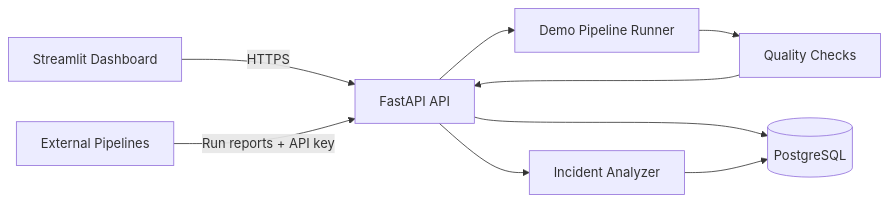
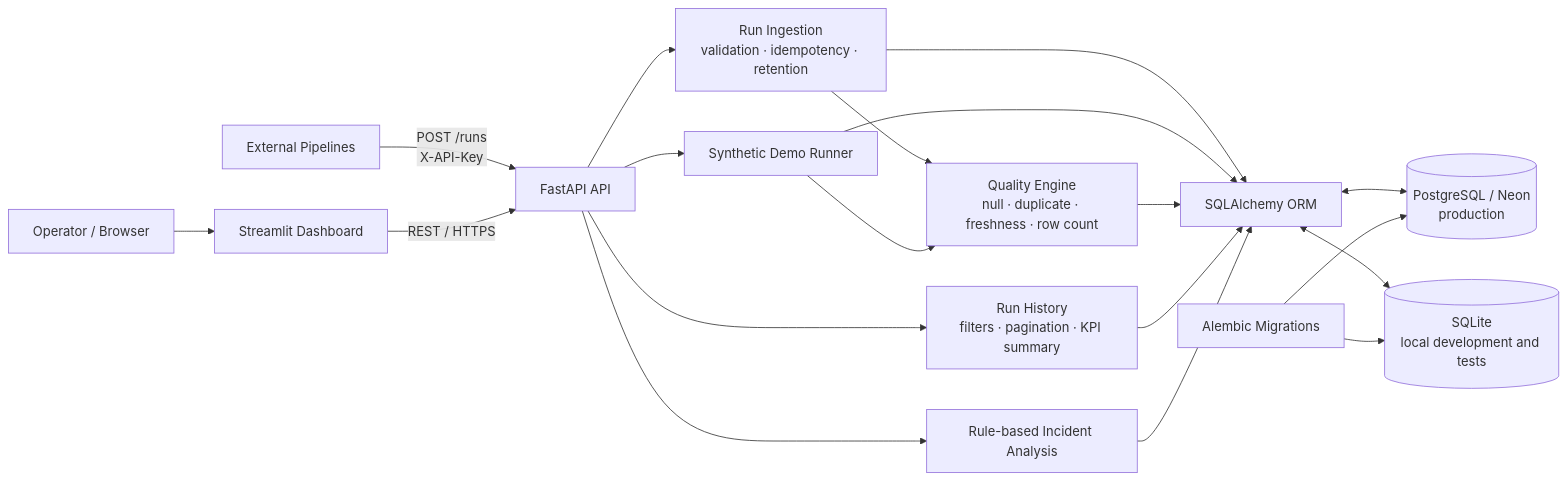
The diagram in README.md (Ericliu-eng/PipeGuard), drawn with Mermaid before and after one commit. The commit also changed other lines of this file and 5 other files, not shown here.

````diff
--- a/README.md
+++ b/README.md
@@ -30,11 +27,23 @@
 ```mermaid
 flowchart LR
-    D["Streamlit Dashboard"] -->|"HTTPS"| A["FastAPI API"]
-    E["External Pipelines"] -->|"Run reports + API key"| A
-    A --> P["Demo Pipeline Runner"]
-    P --> Q["Quality Checks"]
-    Q --> A
-    A --> DB[("PostgreSQL")]
-    A --> I["Incident Analyzer"]
-    I --> DB
+    U["Operator / Browser"] --> D["Streamlit Dashboard"]
+    E["External Pipelines"] -->|"POST /runs<br/>X-API-Key"| A["FastAPI API"]
+    D -->|"REST / HTTPS"| A
+
+    A --> R["Run Ingestion<br/>validation · idempotency · retention"]
+    A --> P["Synthetic Demo Runner"]
+    A --> H["Run History<br/>filters · pagination · KPI summary"]
+    A --> I["Rule-based Incident Analysis"]
+    R --> Q["Quality Engine<br/>null · duplicate · freshness · row count"]
+    P --> Q
+
+    R --> S["SQLAlchemy ORM"]
+    P --> S
+    Q --> S
+    H --> S
+    I --> S
+    S <--> DB[("PostgreSQL / Neon<br/>production")]
+    S <--> LDB[("SQLite<br/>local development and tests")]
+    M["Alembic Migrations"] --> DB
+    M --> LDB
 ```
````
